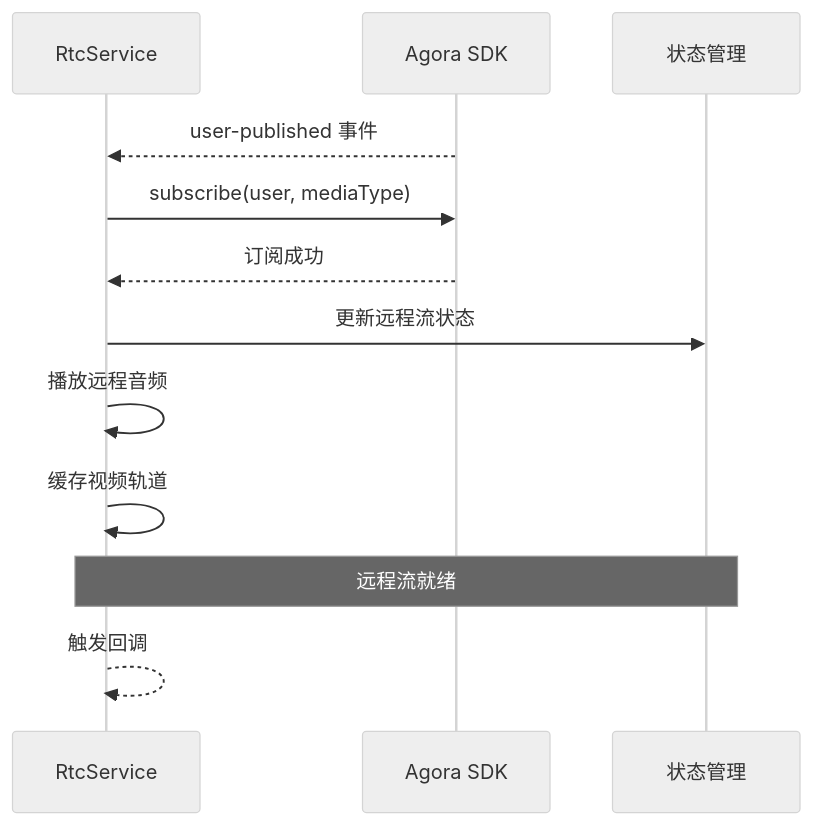
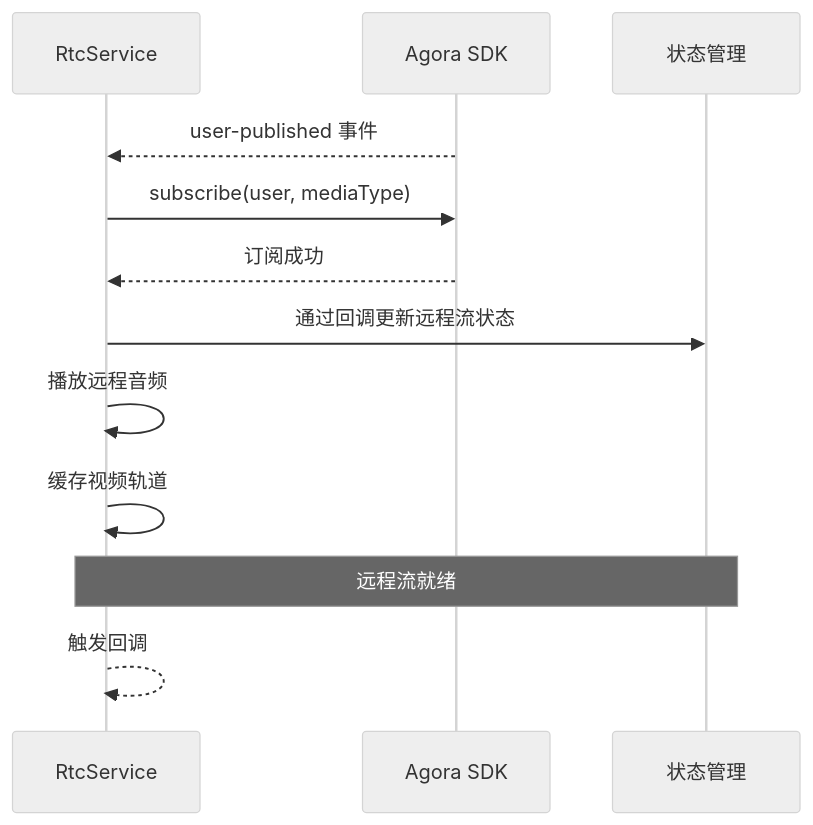
One commit to Easemob-Community/easemob-uikit-callkit-vue3 changed the ninth of 14 diagrams in .qoder/repowiki/zh/content/服务层/音视频服务 (RtcService).md. Above: the diagram before and after it, drawn with Mermaid (neutral theme). The commit also changed other lines of this file and 54 other files, not shown here.

````diff
--- a/.qoder/repowiki/zh/content/服务层/音视频服务 (RtcService).md
+++ b/.qoder/repowiki/zh/content/服务层/音视频服务 (RtcService).md
@@ -339,14 +358,14 @@
 ```mermaid
 sequenceDiagram
 participant Service as RtcService
 participant Agora as Agora SDK
 participant Store as 状态管理
 Agora-->>Service : user-published 事件
 Service->>Agora : subscribe(user, mediaType)
 Agora-->>Service : 订阅成功
-Service->>Store : 更新远程流状态
+Service->>Store : 通过回调更新远程流状态
 Service->>Service : 播放远程音频
 Service->>Service : 缓存视频轨道
 Note over Service,Store : 远程流就绪
 Service-->>Service : 触发回调
 ```
````
